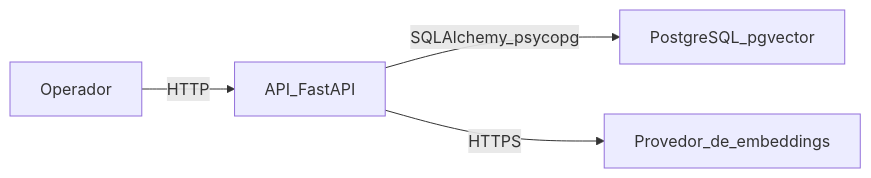
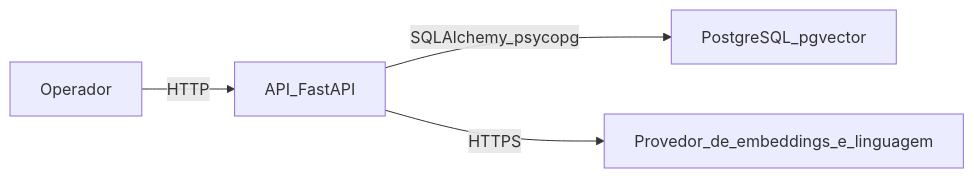
One commit to ricartefelipe/nexo-ai-knowledge changed the second of 3 diagrams in docs/architecture/c4.md. Above: the diagram before and after it, drawn with Mermaid. The commit also changed other lines of this file and 9 other files, not shown here.

````diff
--- a/docs/architecture/c4.md
+++ b/docs/architecture/c4.md
@@ -22,10 +22,10 @@
 ```mermaid
 flowchart LR
   operator[Operador]
   api[API_FastAPI]
   postgres[PostgreSQL_pgvector]
-  embeddings[Provedor_de_embeddings]
+  provider[Provedor_de_embeddings_e_linguagem]
   operator -->|"HTTP"| api
   api -->|"SQLAlchemy_psycopg"| postgres
-  api -->|"HTTPS"| embeddings
+  api -->|"HTTPS"| provider
 ```
````
